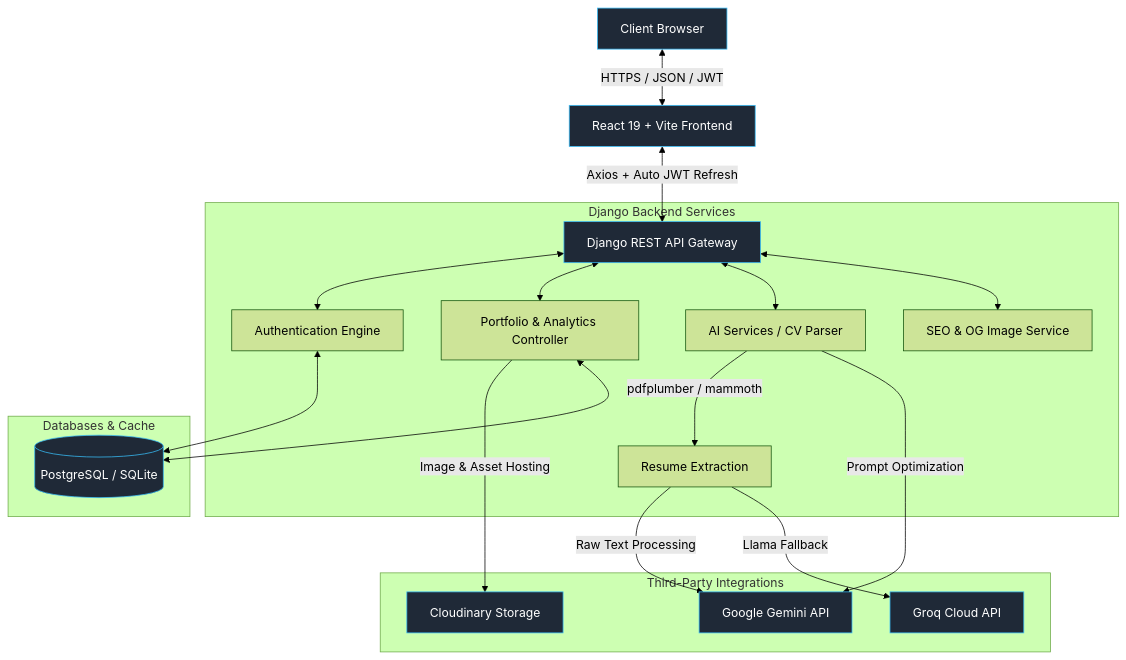
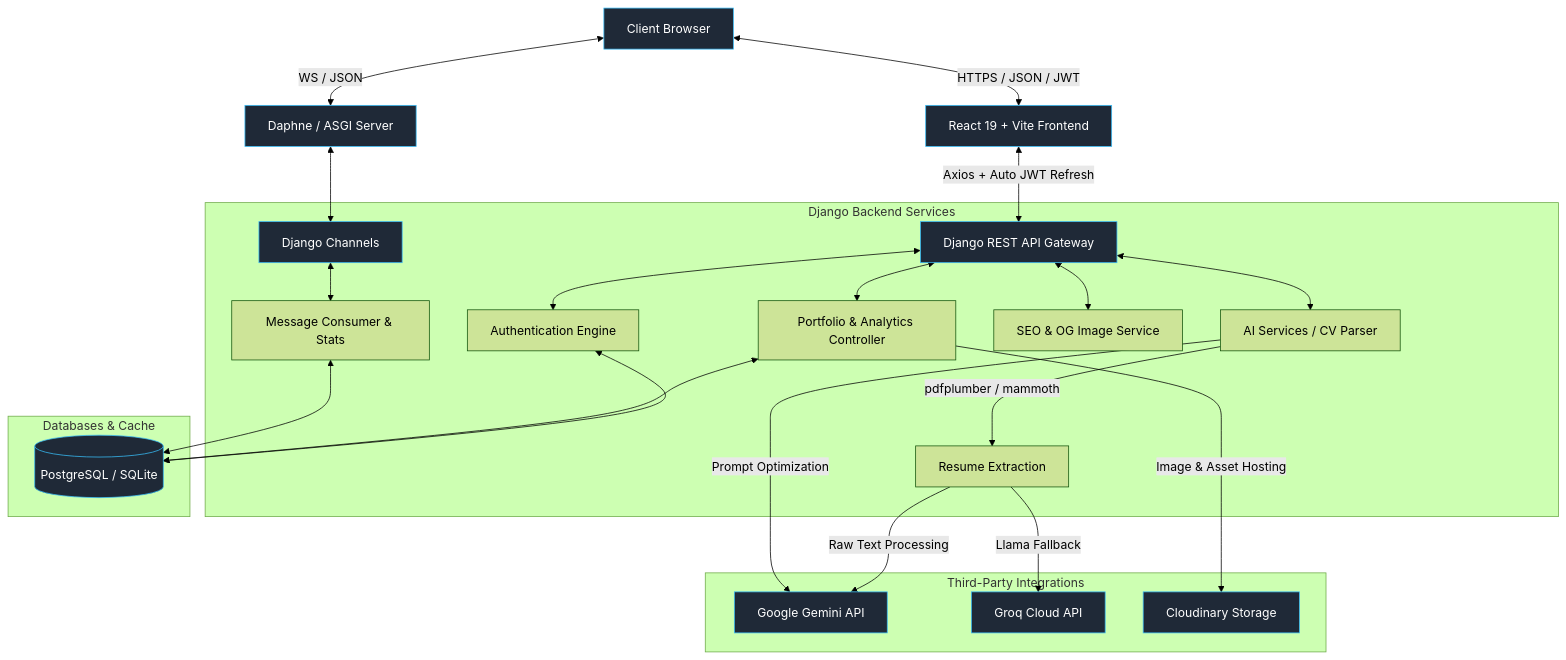
One commit to Indrasish007/PortfolioBuilder changed the diagram in README.md. Above: the diagram before and after it, drawn with Mermaid (forest theme). The commit also changed other lines of this file and 1 other file, not shown here.

````diff
--- a/README.md
+++ b/README.md
@@ -71,28 +74,31 @@
 ```mermaid
 graph TD
     A[Client Browser] <-->|HTTPS / JSON / JWT| B[React 19 + Vite Frontend]
+    A <-->|WS / JSON| Daphne[Daphne / ASGI Server]
     B <-->|Axios + Auto JWT Refresh| C[Django REST API Gateway]
+    Daphne <--> Channels[Django Channels]
     
     subgraph Django Backend Services
         C <--> D[Authentication Engine]
         C <--> E[Portfolio & Analytics Controller]
         C <--> F[AI Services / CV Parser]
         C <--> SEO[SEO & OG Image Service]
+        Channels <--> MSG[Message Consumer & Stats]
         
         F -->|pdfplumber / mammoth| F1[Resume Extraction]
     end
     
     subgraph Third-Party Integrations
         F1 -->|Raw Text Processing| G[Google Gemini API]
         F1 -->|Llama Fallback| GQ[Groq Cloud API]
         F -->|Prompt Optimization| G
         E -->|Image & Asset Hosting| H[Cloudinary Storage]
     end
     
     subgraph Databases & Cache
-        D & E <--> I[(PostgreSQL / SQLite)]
+        D & E & MSG <--> I[(PostgreSQL / SQLite)]
     end
 
     classDef tech fill:#1f2937,stroke:#38bdf8,stroke-width:1px,color:#fff;
-    class A,B,C,G,GQ,H,I tech;
+    class A,B,C,G,GQ,H,I,Daphne,Channels tech;
 ```
````
